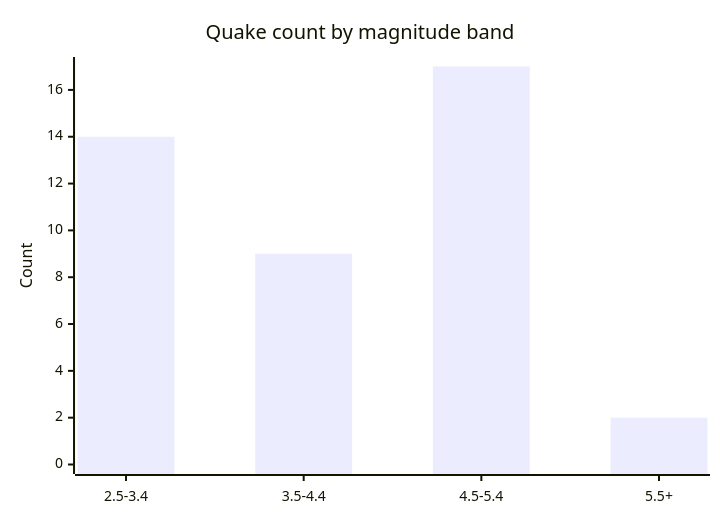
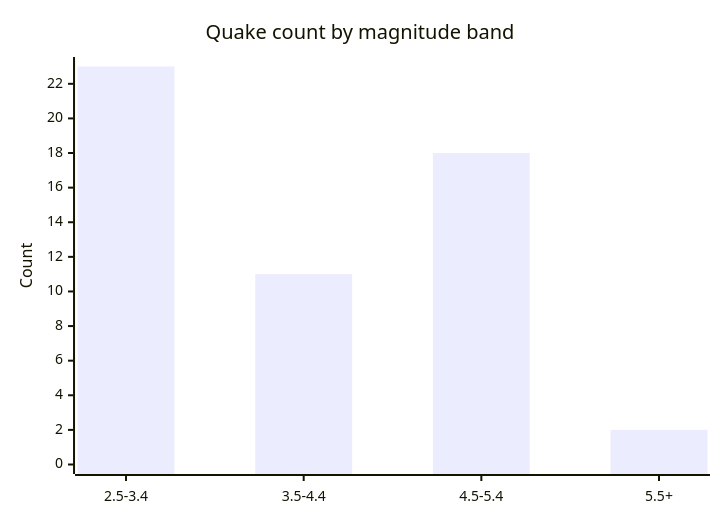
One commit to Midwest-Stratospheric/aerostratospheric-defense-gir changed the fifth of 6 diagrams in docs/GRAPHS.md. Above: the diagram before and after it, drawn with Mermaid. The commit also changed other lines of this file and 23 other files, not shown here.

````diff
--- a/docs/GRAPHS.md
+++ b/docs/GRAPHS.md
@@ -82,7 +82,7 @@
 ```mermaid
 xychart-beta
   title "Quake count by magnitude band"
   x-axis ["2.5-3.4", "3.5-4.4", "4.5-5.4", "5.5+"]
-  y-axis "Count" 0 --> 17
-  bar [14, 9, 17, 2]
+  y-axis "Count" 0 --> 23
+  bar [23, 11, 18, 2]
 ```
````
